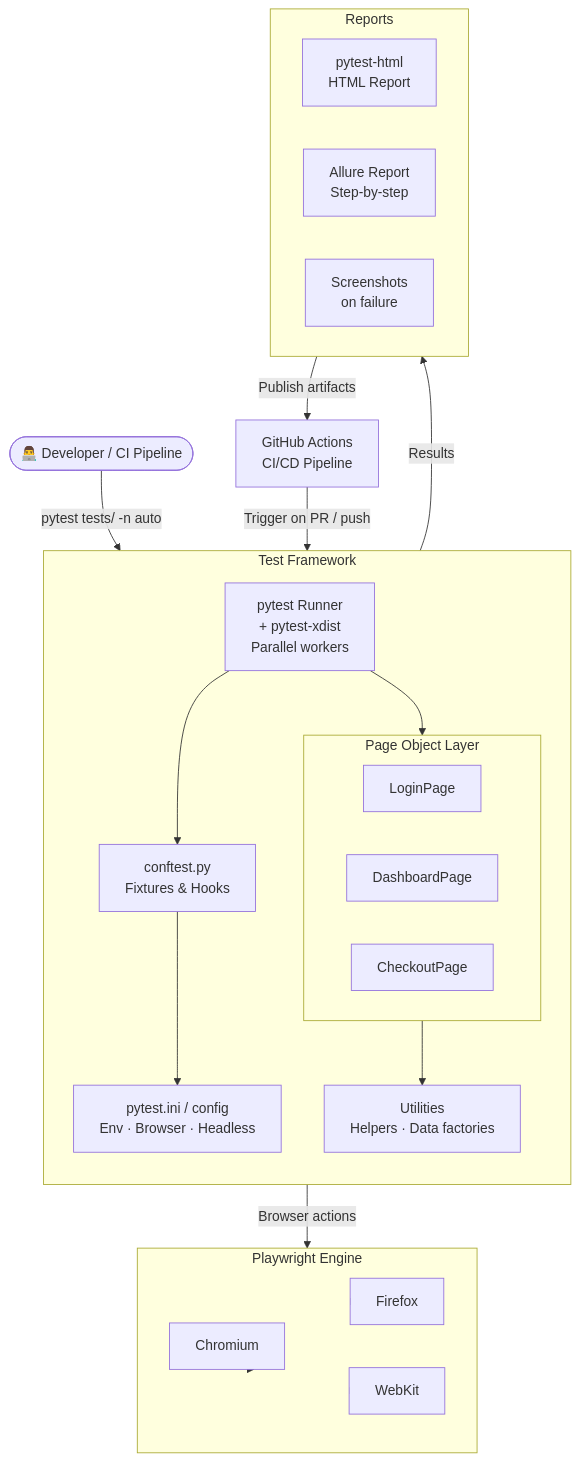
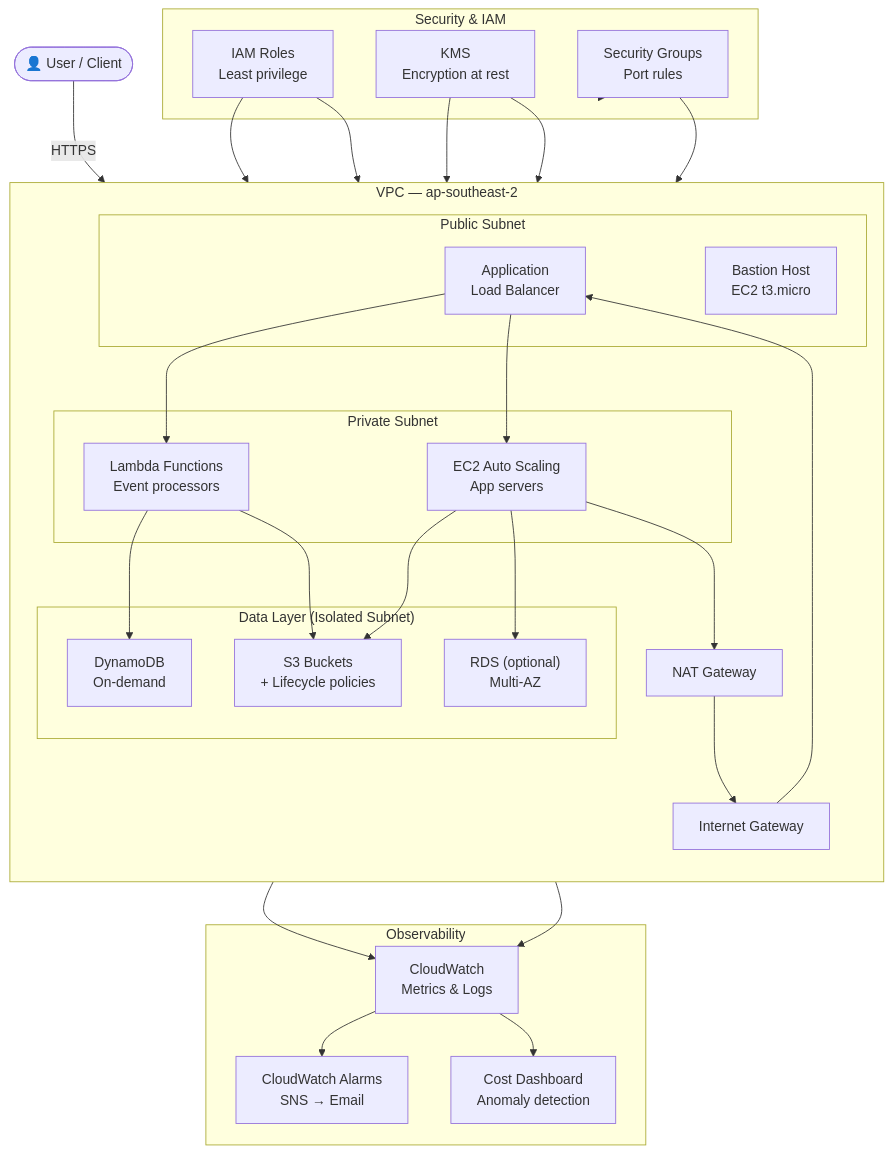
Before and after one commit to guppikan/Cloud-architecting: the first of 2 diagrams in README.md, drawn with Mermaid. The commit also changed other lines of this file, not shown here.

````diff
--- a/README.md
+++ b/README.md
@@ -28,48 +28,60 @@
 ```mermaid
-flowchart TD
-    Dev(["👨‍💻 Developer / CI Pipeline"])
+flowchart TB
+    User(["👤 User / Client"])
 
-    subgraph Framework["Test Framework"]
+    subgraph VPC["VPC — ap-southeast-2"]
         direction TB
-        Runner["pytest Runner\n+ pytest-xdist\nParallel workers"]
 
-        subgraph POM["Page Object Layer"]
-            direction LR
-            P1["LoginPage"]
-            P2["DashboardPage"]
-            P3["CheckoutPage"]
+        subgraph Public["Public Subnet"]
+            ALB["Application\nLoad Balancer"]
+            Bastion["Bastion Host\nEC2 t3.micro"]
         end
 
-        Fixtures["conftest.py\nFixtures & Hooks"]
-        Config["pytest.ini / config\nEnv · Browser · Headless"]
-        Utils["Utilities\nHelpers · Data factories"]
+        subgraph Private["Private Subnet"]
+            Lambda["Lambda Functions\nEvent processors"]
+            EC2["EC2 Auto Scaling\nApp servers"]
+        end
+
+        subgraph Data["Data Layer (Isolated Subnet)"]
+            DDB["DynamoDB\nOn-demand"]
+            S3["S3 Buckets\n+ Lifecycle policies"]
+            RDS["RDS (optional)\nMulti-AZ"]
+        end
+
+        IGW["Internet Gateway"]
+        NAT["NAT Gateway"]
     end
 
-    subgraph Playwright["Playwright Engine"]
-        direction LR
-        CR["Chromium"]
-        FF["Firefox"]
-        WK["WebKit"]
+    subgraph Observability["Observability"]
+        CW["CloudWatch\nMetrics & Logs"]
+        Alarms["CloudWatch Alarms\nSNS → Email"]
+        Dashboard["Cost Dashboard\nAnomaly detection"]
     end
 
-    subgraph Reporting["Reports"]
-        HTML["pytest-html\nHTML Report"]
-        Allure["Allure Report\nStep-by-step"]
-        SS["Screenshots\non failure"]
+    subgraph Security["Security & IAM"]
+        IAM["IAM Roles\nLeast privilege"]
+        SG["Security Groups\nPort rules"]
+        KMS["KMS\nEncryption at rest"]
     end
 
-    CI["GitHub Actions\nCI/CD Pipeline"]
-
-    Dev -->|"pytest tests/ -n auto"| Runner
-    Runner --> Fixtures
-    Fixtures --> Config
-    Runner --> POM
-    POM --> Utils
-    POM -->|"Browser actions"| Playwright
-    Playwright --> CR
-    Playwright --> FF
-    Playwright --> WK
-    Runner -->|"Results"| Reporting
-    CI -->|"Trigger on PR / push"| Runner
-    Reporting -->|"Publish artifacts"| CI
+    User -->|"HTTPS"| ALB
+    ALB --> EC2
+    ALB --> Lambda
+    IGW --> ALB
+    EC2 --> NAT
+    Lambda --> DDB
+    Lambda --> S3
+    EC2 --> RDS
+    EC2 --> S3
+    NAT --> IGW
+    Lambda --> CW
+    EC2 --> CW
+    CW --> Alarms
+    CW --> Dashboard
+    IAM --> Lambda
+    IAM --> EC2
+    SG --> Public
+    SG --> Private
+    KMS --> DDB
+    KMS --> S3
 ```
````
